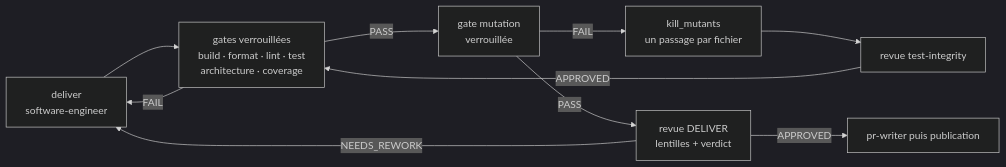
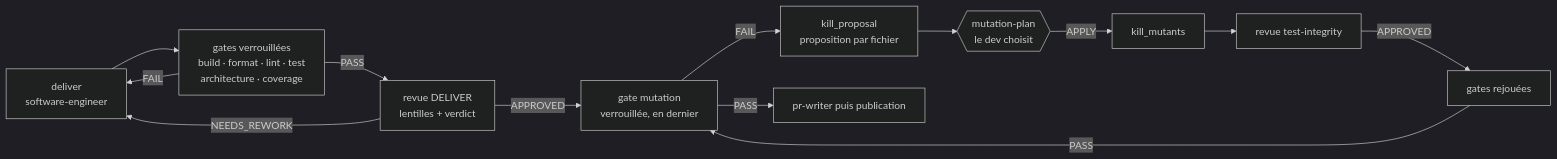
Before and after one commit to SebastienDegodez/skraft-plugin: the second of 2 diagrams in docs/site/fr/explanation/software-craftsmanship.md, drawn with Mermaid (dark theme). The commit also changed other lines of this file and 1 other file, not shown here.

Commit message:
docs(explanation): DELIVER craft aligné sur alpha.19 (mutation en dernier)
Le schéma et le texte plaçaient la mutation avant la revue DELIVER.
Depuis #380 : gates, revue, puis mutation une seule fois ; les survivants
passent par kill_proposal et la question mutation-plan.

Claude-Session: https://claude.ai/code/session_01LmiEWir7Ug9DkFVPyZ6CnB

````diff
--- a/docs/site/fr/explanation/software-craftsmanship.md
+++ b/docs/site/fr/explanation/software-craftsmanship.md
@@ -127,12 +130,15 @@
 ```mermaid
 flowchart LR
     D["deliver<br/>software-engineer"] --> G["gates verrouillées<br/>build · format · lint · test<br/>architecture · coverage"]
     G -- "FAIL" --> D
-    G -- "PASS" --> M["gate mutation<br/>verrouillée"]
-    M -- "FAIL" --> K["kill_mutants<br/>un passage par fichier"]
+    G -- "PASS" --> DR["revue DELIVER<br/>lentilles + verdict"]
+    DR -- "NEEDS_REWORK" --> D
+    DR -- "APPROVED" --> M["gate mutation<br/>verrouillée, en dernier"]
+    M -- "FAIL" --> KP["kill_proposal<br/>proposition par fichier"]
+    KP --> Q{{"mutation-plan<br/>le dev choisit"}}
+    Q -- "APPLY" --> K["kill_mutants"]
     K --> R["revue test-integrity"]
-    R -- "APPROVED" --> G
-    M -- "PASS" --> DR["revue DELIVER<br/>lentilles + verdict"]
-    DR -- "NEEDS_REWORK" --> D
-    DR -- "APPROVED" --> P["pr-writer puis publication"]
+    R -- "APPROVED" --> MG["gates rejouées"]
+    MG -- "PASS" --> M
+    M -- "PASS" --> P["pr-writer puis publication"]
 ```
````
